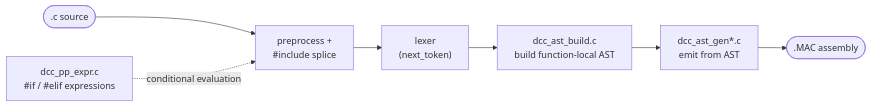
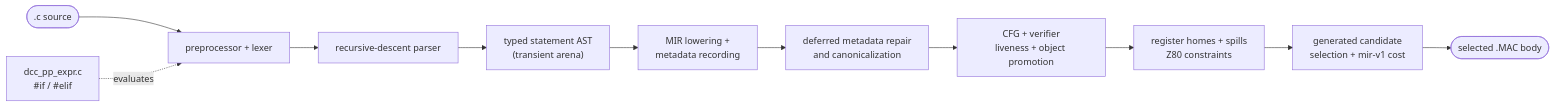
Before and after one commit to davidly/dcc: the second of 5 diagrams in docs/docs/en/appendix/00-architecture.md, drawn with Mermaid. The commit also changed other lines of this file, not shown here.

First line of the commit message:
docs: describe the AST/MIR compiler architecture

````diff
--- a/docs/docs/en/appendix/00-architecture.md
+++ b/docs/docs/en/appendix/00-architecture.md
@@ -72,9 +71,13 @@
 ```mermaid
 flowchart LR
-    SRC([".c source"]) --> PP["preprocess +<br/>#include splice"]
-    PPX["dcc_pp_expr.c<br/>#if / #elif expressions"] -. conditional evaluation .-> PP
-    PP --> LEX["lexer<br/>(next_token)"]
-    LEX --> BUILD["dcc_ast_build.c<br/>build function-local AST"]
-    BUILD --> GEN["dcc_ast_gen*.c<br/>emit from AST"]
-    GEN --> ASM([".MAC assembly"])
+    SRC([".c source"]) --> PP["preprocessor + lexer"]
+    PPX["dcc_pp_expr.c<br/>#if / #elif"] -. evaluates .-> PP
+    PP --> PARSE["recursive-descent parser"]
+    PARSE --> AST["typed statement AST<br/>(transient arena)"]
+    AST --> LOWER["MIR lowering +<br/>metadata recording"]
+    LOWER --> REPAIR["deferred metadata repair<br/>and canonicalization"]
+    REPAIR --> VERIFY["CFG + verifier<br/>liveness + object promotion"]
+    VERIFY --> ALLOC["register homes + spills<br/>Z80 constraints"]
+    ALLOC --> SELECT["generated candidate<br/>selection + mir-v1 cost"]
+    SELECT --> ASM(["selected .MAC body"])
 ```
````
